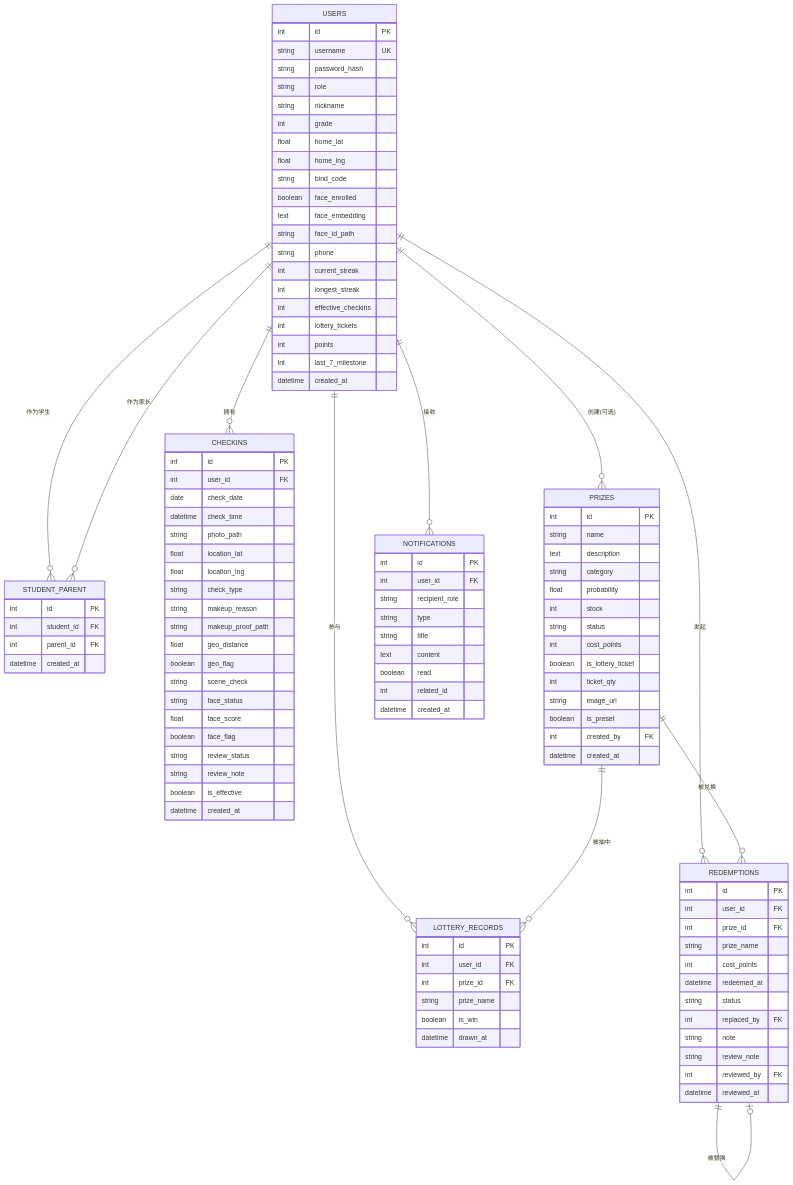
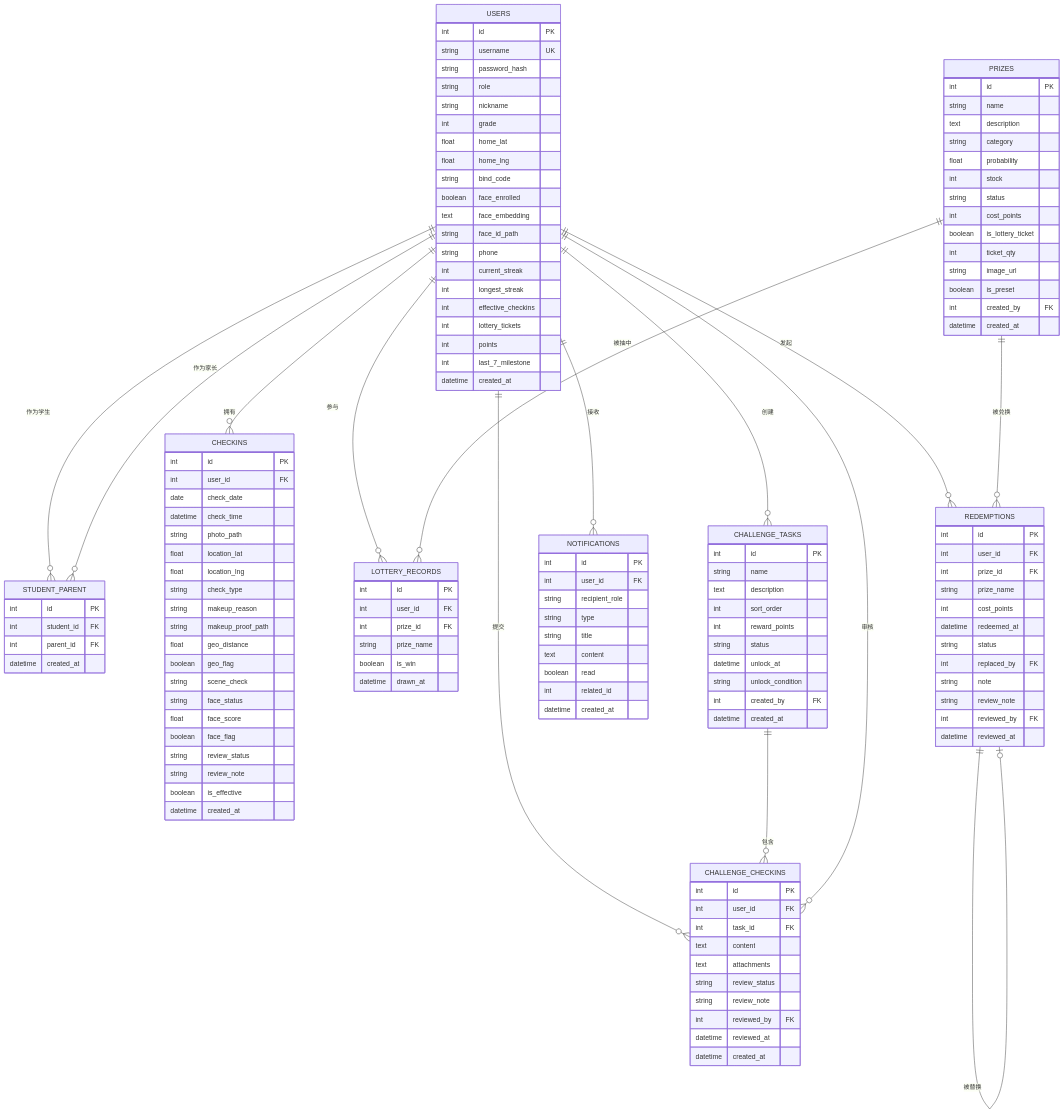
Before and after one commit to onebody/homework: the third of 7 diagrams in .qoder/repowiki/zh/content/数据库设计/数据库设计.md, drawn with Mermaid. The commit also changed other lines of this file and 15 other files, not shown here.

````diff
--- a/.qoder/repowiki/zh/content/数据库设计/数据库设计.md
+++ b/.qoder/repowiki/zh/content/数据库设计/数据库设计.md
@@ -212,14 +228,41 @@
 int related_id
 datetime created_at
 }
+CHALLENGE_TASKS {
+int id PK
+string name
+text description
+int sort_order
+int reward_points
+string status
+datetime unlock_at
+string unlock_condition
+int created_by FK
+datetime created_at
+}
+CHALLENGE_CHECKINS {
+int id PK
+int user_id FK
+int task_id FK
+text content
+text attachments
+string review_status
+string review_note
+int reviewed_by FK
+datetime reviewed_at
+datetime created_at
+}
 USERS ||--o{ STUDENT_PARENT : "作为学生"
 USERS ||--o{ STUDENT_PARENT : "作为家长"
 USERS ||--o{ CHECKINS : "拥有"
 USERS ||--o{ LOTTERY_RECORDS : "参与"
 USERS ||--o{ REDEMPTIONS : "发起"
 USERS ||--o{ NOTIFICATIONS : "接收"
+USERS ||--o{ CHALLENGE_TASKS : "创建"
+USERS ||--o{ CHALLENGE_CHECKINS : "提交"
 PRIZES ||--o{ LOTTERY_RECORDS : "被抽中"
 PRIZES ||--o{ REDEMPTIONS : "被兑换"
-USERS ||--o{ PRIZES : "创建(可选)"
 REDEMPTIONS ||--o| REDEMPTIONS : "被替换"
+CHALLENGE_TASKS ||--o{ CHALLENGE_CHECKINS : "包含"
+USERS ||--o{ CHALLENGE_CHECKINS : "审核"
 ```
````
